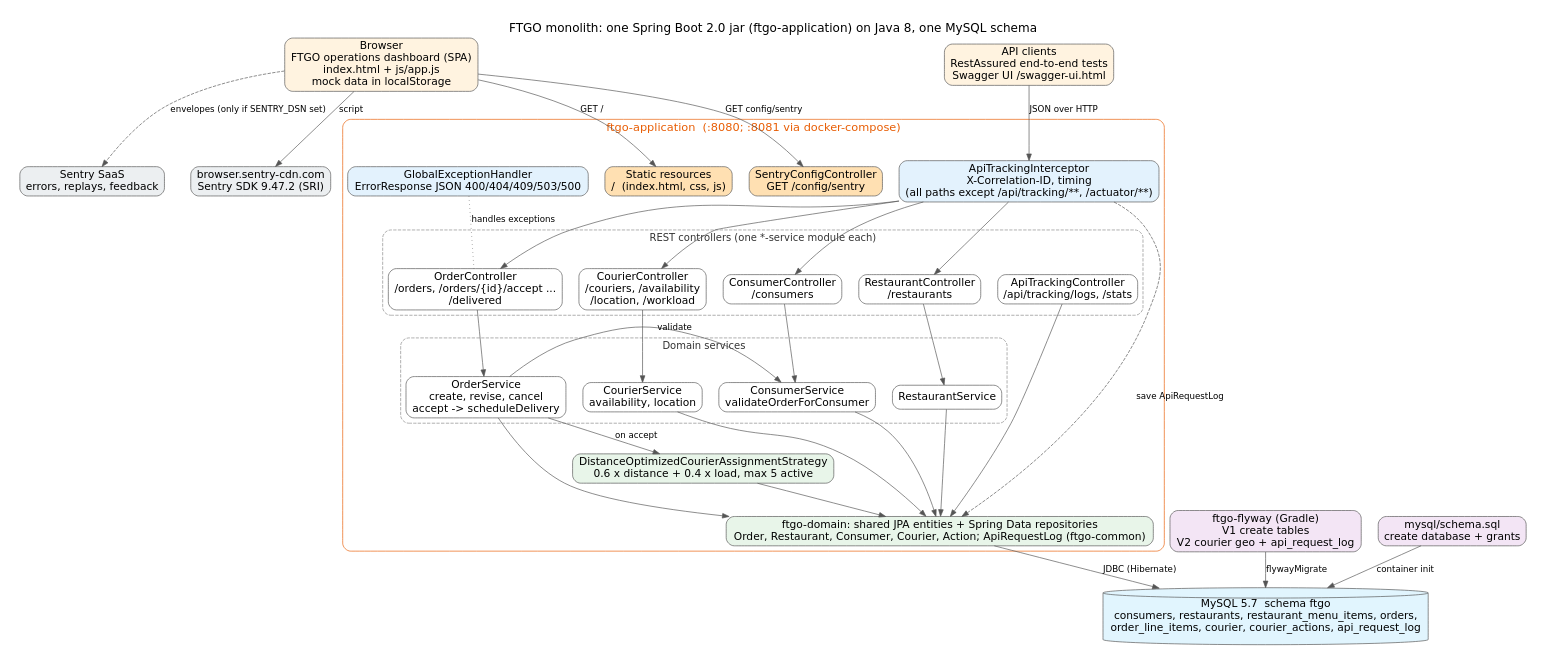
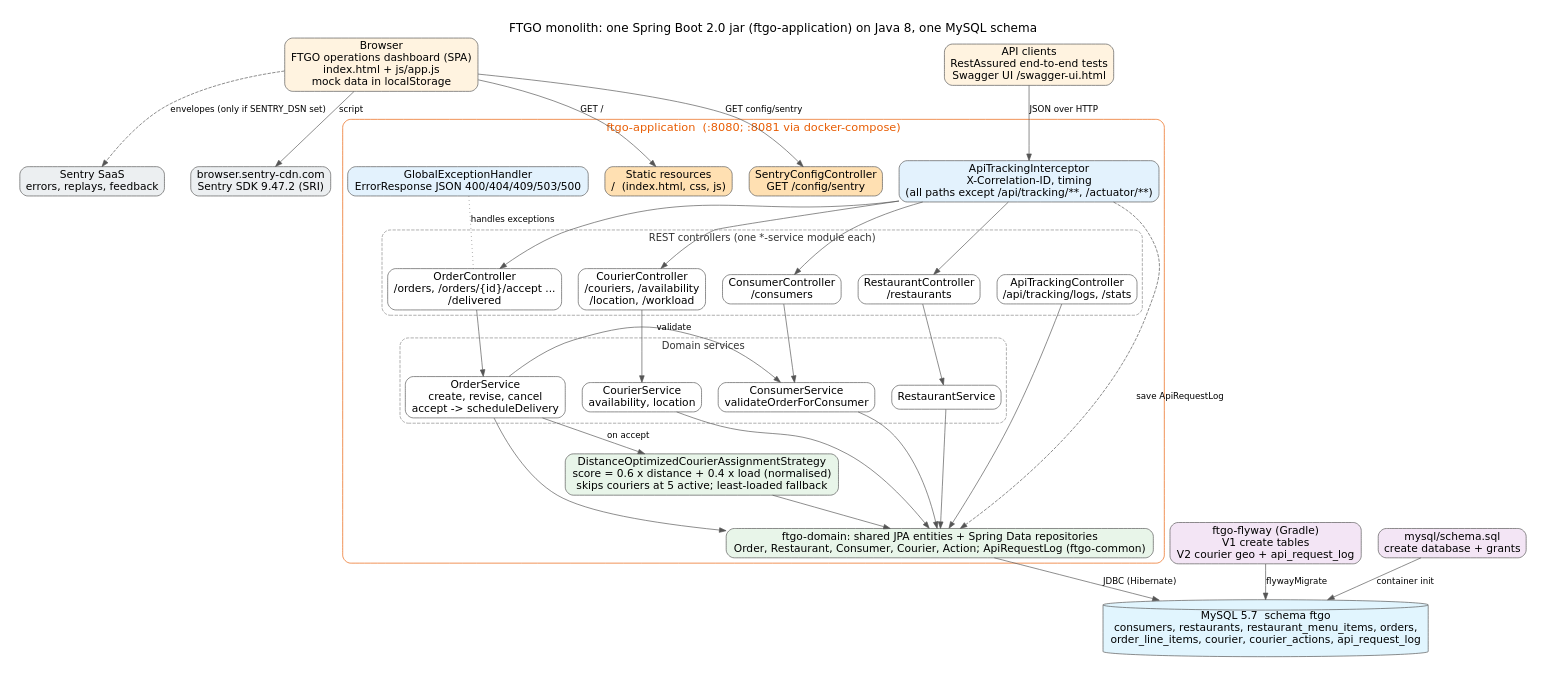
The diagram in docs/diagrams/architecture.dot (COG-GTM/ftgo-monolith), drawn with Graphviz before and after one commit. The commit also changed 4 other files, not shown here.

```diff
--- a/docs/diagrams/architecture.dot
+++ b/docs/diagrams/architecture.dot
@@ -1,67 +1,67 @@
 // FTGO monolith architecture (master). Render with ./render.sh
 digraph ftgo {
   graph [rankdir=TB, fontname="DejaVu Sans", fontsize=18, labelloc=t, nodesep=0.35, ranksep=0.55, pad=0.3,
          label="FTGO monolith: one Spring Boot 2.0 jar (ftgo-application) on Java 8, one MySQL schema"];
   node  [shape=box, style="rounded,filled", fontname="DejaVu Sans", fontsize=16, fillcolor=white, color="#555555"];
   edge  [fontname="DejaVu Sans", fontsize=13, color="#555555"];
 
   browser   [label="Browser\nFTGO operations dashboard (SPA)\nindex.html + js/app.js\nmock data in localStorage", fillcolor="#FFF3E0"];
   client    [label="API clients\nRestAssured end-to-end tests\nSwagger UI /swagger-ui.html", fillcolor="#FFF3E0"];
   sentrycdn [label="browser.sentry-cdn.com\nSentry SDK 9.47.2 (SRI)", fillcolor="#ECEFF1"];
   sentry    [label="Sentry SaaS\nerrors, replays, feedback", fillcolor="#ECEFF1"];
 
   subgraph cluster_app {
     label="ftgo-application  (:8080; :8081 via docker-compose)"; style="rounded"; color="#E85D04"; fontcolor="#E85D04"; fontsize=17;
 
     static    [label="Static resources\n/  (index.html, css, js)", fillcolor="#FFE0B2"];
     sentrycfg [label="SentryConfigController\nGET /config/sentry", fillcolor="#FFE0B2"];
     tracking  [label="ApiTrackingInterceptor\nX-Correlation-ID, timing\n(all paths except /api/tracking/**, /actuator/**)", fillcolor="#E3F2FD"];
     errors    [label="GlobalExceptionHandler\nErrorResponse JSON 400/404/409/503/500", fillcolor="#E3F2FD"];
 
     subgraph cluster_web {
       label="REST controllers (one *-service module each)"; style="rounded,dashed"; color="#888888"; fontcolor="#333333"; fontsize=15;
       {rank=same; consumerc; restaurantc; orderc; courierc; trackc;}
       consumerc   [label="ConsumerController\n/consumers"];
       restaurantc [label="RestaurantController\n/restaurants"];
       orderc      [label="OrderController\n/orders, /orders/{id}/accept ...\n/delivered"];
       courierc    [label="CourierController\n/couriers, /availability\n/location, /workload"];
       trackc      [label="ApiTrackingController\n/api/tracking/logs, /stats"];
     }
 
     subgraph cluster_svc {
       label="Domain services"; style="rounded,dashed"; color="#888888"; fontcolor="#333333"; fontsize=15;
       {rank=same; consumers; restaurants; orders; couriers;}
       consumers   [label="ConsumerService\nvalidateOrderForConsumer"];
       restaurants [label="RestaurantService"];
       orders      [label="OrderService\ncreate, revise, cancel\naccept -> scheduleDelivery"];
       couriers    [label="CourierService\navailability, location"];
     }
 
-    strategy [label="DistanceOptimizedCourierAssignmentStrategy\n0.6 x distance + 0.4 x load, max 5 active", fillcolor="#E8F5E9"];
+    strategy [label="DistanceOptimizedCourierAssignmentStrategy\nscore = 0.6 x distance + 0.4 x load (normalised)\nskips couriers at 5 active; least-loaded fallback", fillcolor="#E8F5E9"];
     domain   [label="ftgo-domain: shared JPA entities + Spring Data repositories\nOrder, Restaurant, Consumer, Courier, Action; ApiRequestLog (ftgo-common)", fillcolor="#E8F5E9"];
   }
 
   mysql   [label="MySQL 5.7  schema ftgo\nconsumers, restaurants, restaurant_menu_items, orders,\norder_line_items, courier, courier_actions, api_request_log", shape=cylinder, fillcolor="#E1F5FE"];
   flyway  [label="ftgo-flyway (Gradle)\nV1 create tables\nV2 courier geo + api_request_log", fillcolor="#F3E5F5"];
   initsql [label="mysql/schema.sql\ncreate database + grants", fillcolor="#F3E5F5"];
 
   browser -> static     [label="GET /"];
   browser -> sentrycfg  [label="GET config/sentry"];
   browser -> sentrycdn  [label="script"];
   browser -> sentry     [label="envelopes (only if SENTRY_DSN set)", style=dashed];
   client  -> tracking   [label="JSON over HTTP"];
 
   tracking -> {consumerc restaurantc orderc courierc};
   consumerc -> consumers;
   restaurantc -> restaurants;
   orderc -> orders;
   courierc -> couriers;
   orders -> consumers   [label="validate"];
   orders -> strategy    [label="on accept"];
   {consumers restaurants orders couriers strategy trackc} -> domain;
   tracking -> domain    [label="save ApiRequestLog", style=dashed];
   errors -> orderc      [dir=back, style=dotted, arrowtail=none, label="handles exceptions"];
   domain -> mysql       [label="JDBC (Hibernate)"];
   flyway -> mysql       [label="flywayMigrate"];
   initsql -> mysql      [label="container init"];
 }
```
